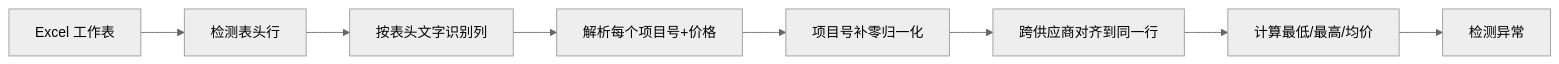
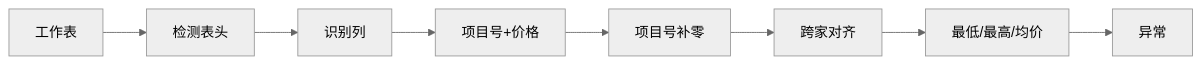
One commit to lipeiye/price_comparing changed the second of 2 diagrams in quote-ai-demo/README.md. Above: the diagram before and after it, drawn with Mermaid (neutral theme). The commit also changed other lines of this file and 30 other files, not shown here.

````diff
--- a/quote-ai-demo/README.md
+++ b/quote-ai-demo/README.md
@@ -160,10 +196,10 @@
 ```mermaid
 flowchart LR
-    A[Excel 工作表] --> B[检测表头行]
-    B --> C[按表头文字识别列]
-    C --> D[解析每个项目号+价格]
-    D --> E[项目号补零归一化]
-    E --> F[跨供应商对齐到同一行]
-    F --> G[计算最低/最高/均价]
-    G --> H[检测异常]
+    A[工作表] --> B[检测表头]
+    B --> C[识别列]
+    C --> D[项目号+价格]
+    D --> E[项目号补零]
+    E --> F[跨家对齐]
+    F --> G[最低/最高/均价]
+    G --> H[异常]
 ```
````
